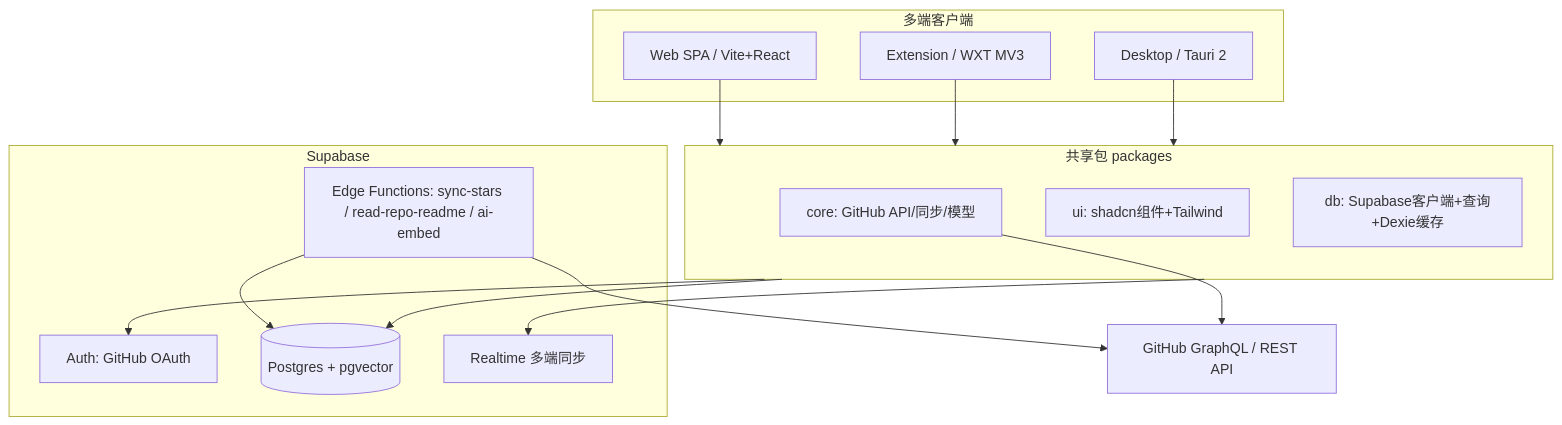
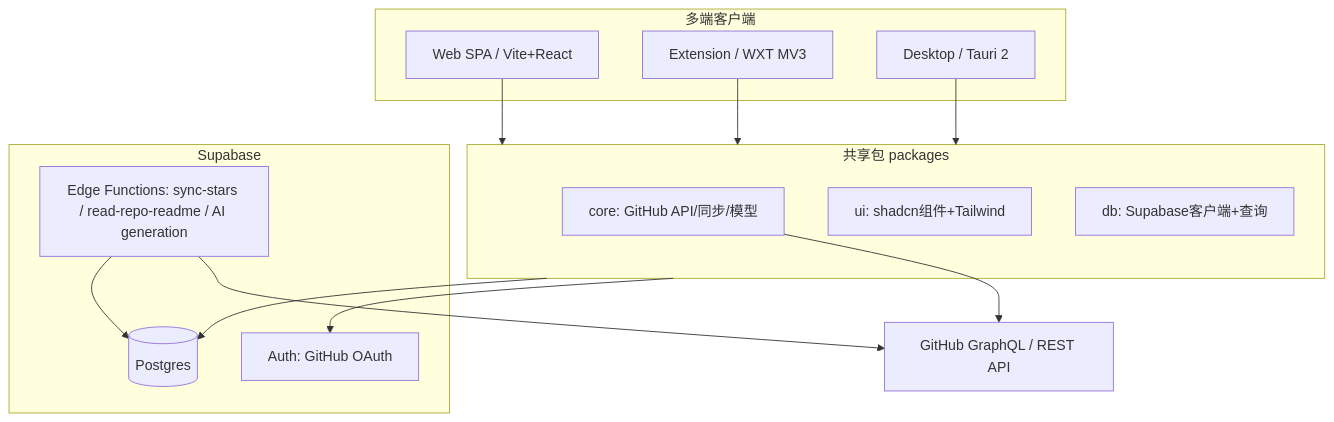
One commit to Mournerliao/asterism changed the first of 2 diagrams in knowledge/contracts/architecture.md. Above: the diagram before and after it, drawn with Mermaid. The commit also changed other lines of this file and 51 other files, not shown here.

````diff
--- a/knowledge/contracts/architecture.md
+++ b/knowledge/contracts/architecture.md
@@ -9,30 +9,28 @@
 ```mermaid
 flowchart TD
   subgraph clients [多端客户端]
     web[Web SPA / Vite+React]
     ext[Extension / WXT MV3]
     desktop[Desktop / Tauri 2]
   end
   subgraph shared [共享包 packages]
     core[core: GitHub API/同步/模型]
     ui[ui: shadcn组件+Tailwind]
-    db[db: Supabase客户端+查询+Dexie缓存]
+    db[db: Supabase客户端+查询]
   end
   subgraph supabase [Supabase]
     auth[Auth: GitHub OAuth]
-    pg[(Postgres + pgvector)]
-    fn[Edge Functions: sync-stars / read-repo-readme / ai-embed]
-    rt[Realtime 多端同步]
+    pg[(Postgres)]
+    fn[Edge Functions: sync-stars / read-repo-readme / AI generation]
   end
   gh[GitHub GraphQL / REST API]
 
   web --> shared
   ext --> shared
   desktop --> shared
   shared --> auth
   shared --> pg
-  shared --> rt
   core --> gh
   fn --> gh
   fn --> pg
 ```
````
